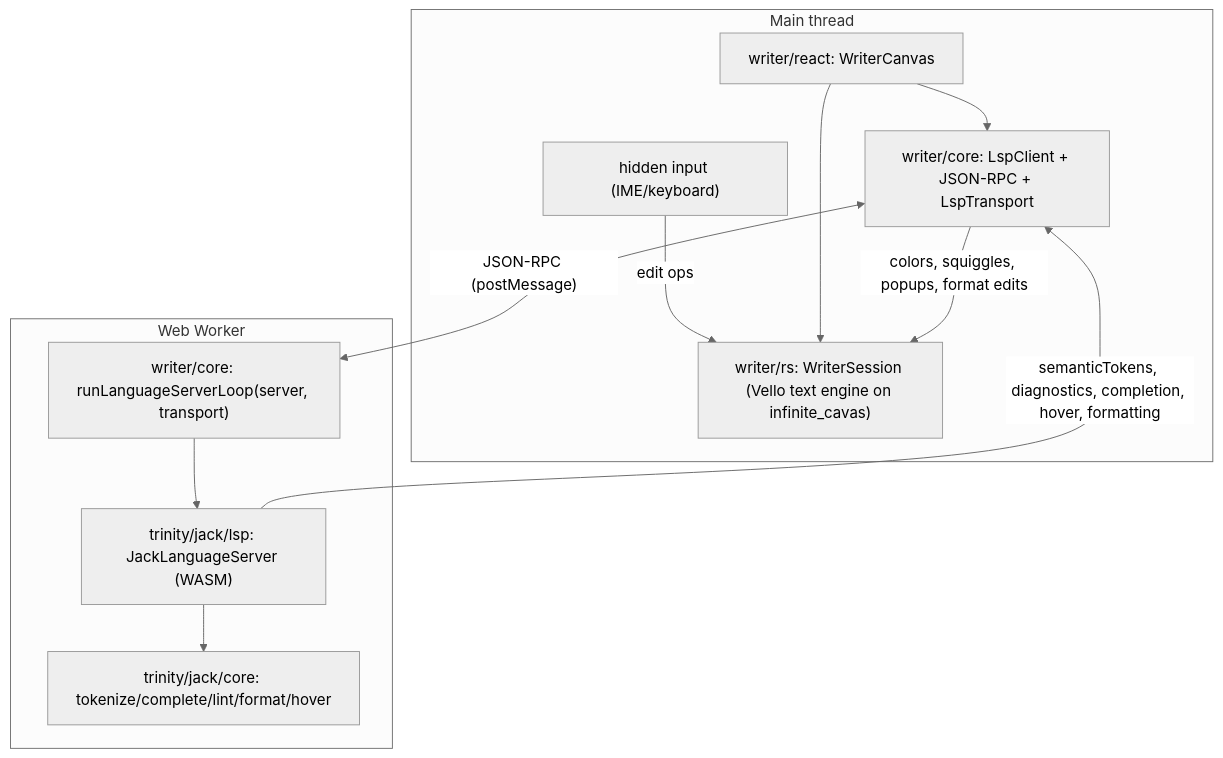
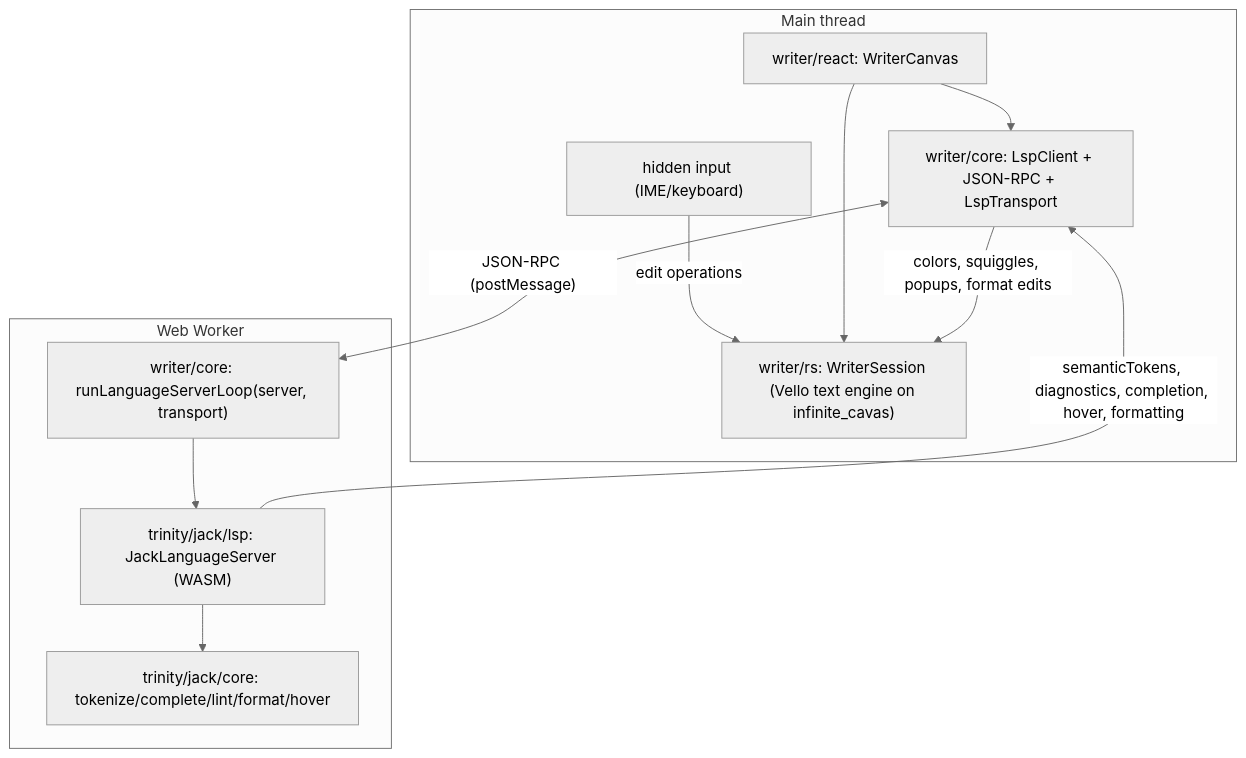
The diagram in .cursor/plans/writer_technology_editor_4b5f0141.plan.md (usalu/semio), drawn with Mermaid (neutral theme) before and after one commit. The commit also changed other lines of this file and 513 other files, not shown here.

````diff
--- a/.cursor/plans/writer_technology_editor_4b5f0141.plan.md
+++ b/.cursor/plans/writer_technology_editor_4b5f0141.plan.md
@@ -14,21 +14,21 @@
 ```mermaid
 flowchart TB
   subgraph main [Main thread]
     WC["writer/react: WriterCanvas"]
     HIDDEN["hidden input (IME/keyboard)"]
     WASM["writer/rs: WriterSession (Vello text engine on infinite_cavas)"]
     CLIENT["writer/core: LspClient + JSON-RPC + LspTransport"]
   end
   subgraph worker [Web Worker]
     PUMP["writer/core: runLanguageServerLoop(server, transport)"]
     SRV["trinity/jack/lsp: JackLanguageServer (WASM)"]
     JCORE["trinity/jack/core: tokenize/complete/lint/format/hover"]
   end
-  HIDDEN -->|edit ops| WASM
+  HIDDEN -->|edit operations| WASM
   WC --> WASM
   WC --> CLIENT
   CLIENT <-->|"JSON-RPC (postMessage)"| PUMP
   PUMP --> SRV --> JCORE
   SRV -->|"semanticTokens, diagnostics, completion, hover, formatting"| CLIENT
   CLIENT -->|"colors, squiggles, popups, format edits"| WASM
 ```
````
